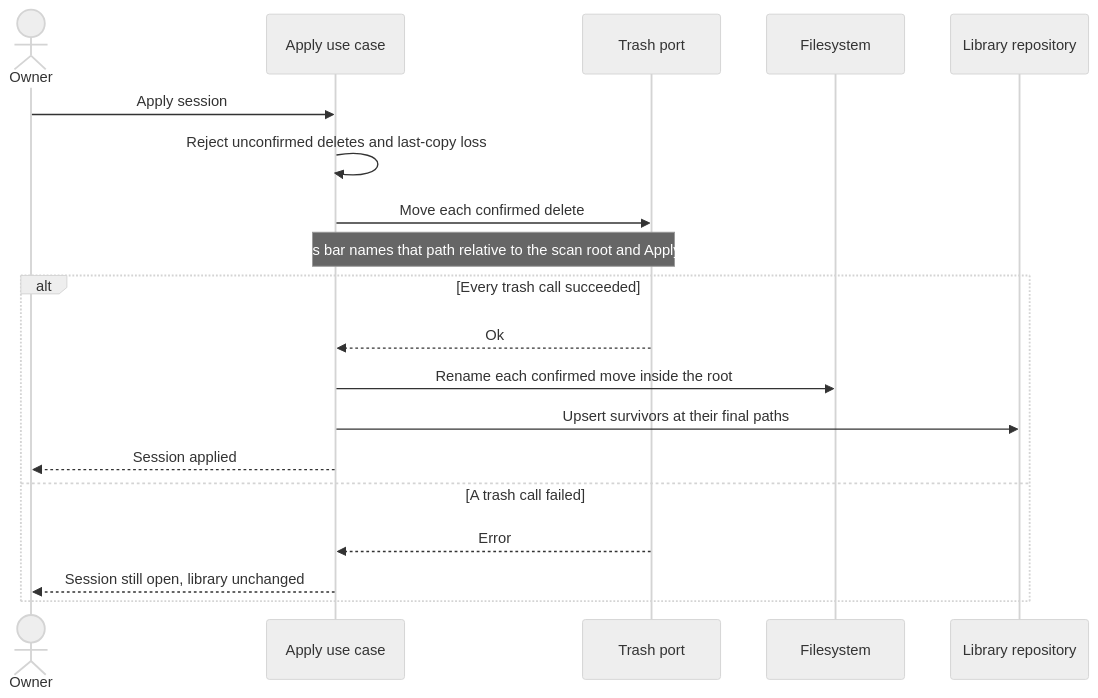
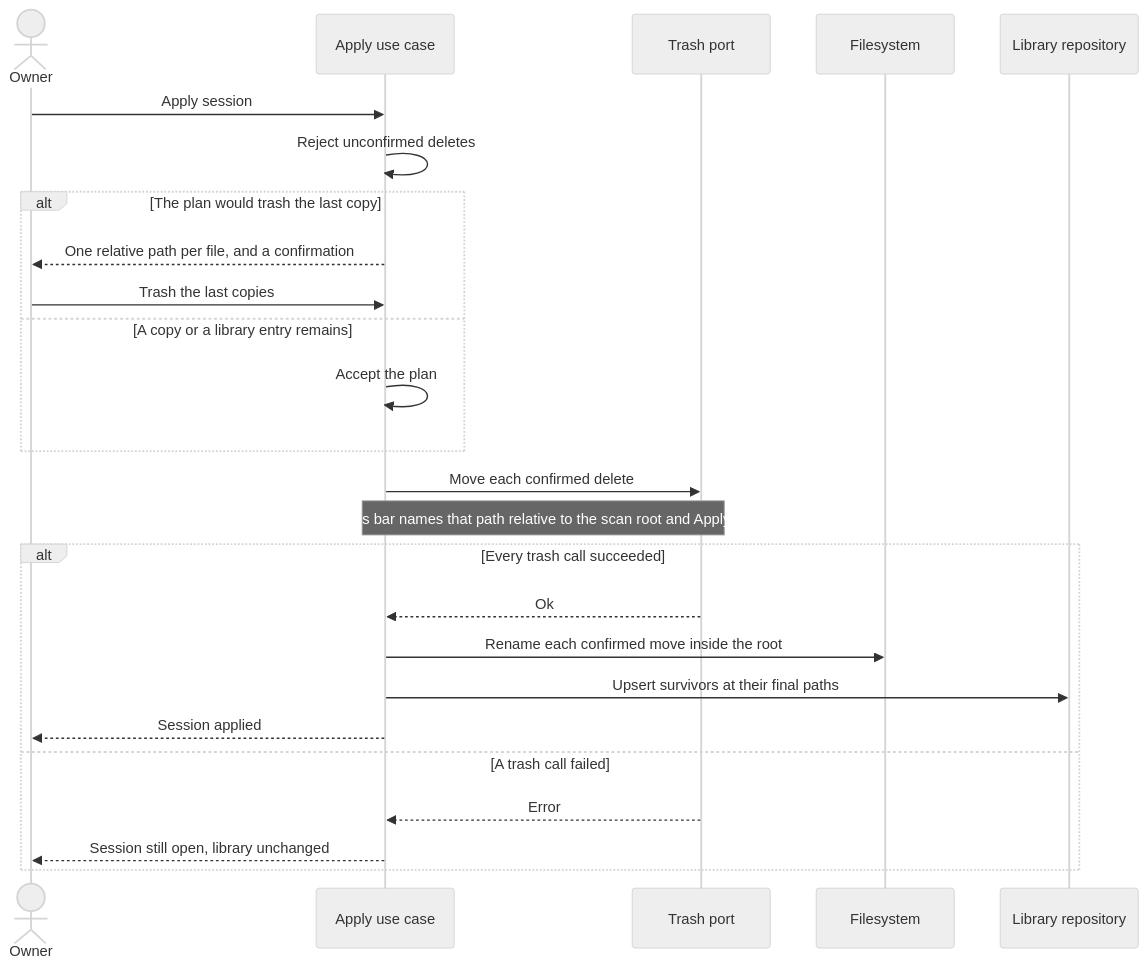
Before and after one commit to cionz0/hdsort: the fifth of 8 diagrams in docs/use-cases.md, drawn with Mermaid (neutral theme). The commit also changed other lines of this file and 13 other files, not shown here.

Commit message:
Ask before trashing the last copies, and name each file instead of the content ID.

````diff
--- a/docs/use-cases.md
+++ b/docs/use-cases.md
@@ -134,21 +134,27 @@
 ```mermaid
 sequenceDiagram
   actor Owner
   participant Apply as Apply use case
   participant Trash as Trash port
   participant Disk as Filesystem
   participant Library as Library repository
   Owner->>Apply: Apply session
-  Apply->>Apply: Reject unconfirmed deletes and last-copy loss
+  Apply->>Apply: Reject unconfirmed deletes
+  alt The plan would trash the last copy
+    Apply-->>Owner: One relative path per file, and a confirmation
+    Owner->>Apply: Trash the last copies
+  else A copy or a library entry remains
+    Apply->>Apply: Accept the plan
+  end
   Apply->>Trash: Move each confirmed delete
   Note over Apply,Trash: The progress bar names that path relative to the scan root and Apply is disabled
   alt Every trash call succeeded
     Trash-->>Apply: Ok
     Apply->>Disk: Rename each confirmed move inside the root
     Apply->>Library: Upsert survivors at their final paths
     Apply-->>Owner: Session applied
   else A trash call failed
     Trash-->>Apply: Error
     Apply-->>Owner: Session still open, library unchanged
   end
 ```
````
